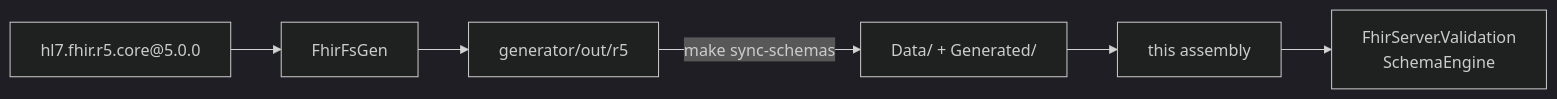
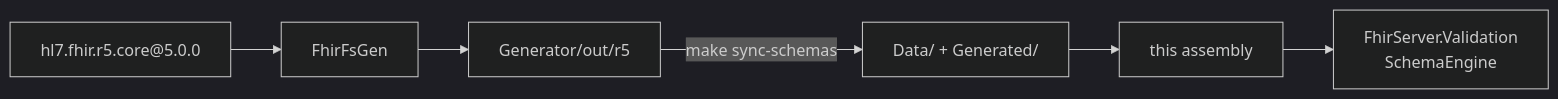
One commit to jaumeCloquellCapo/fhir changed the diagram in Packages/FhirServer.Schemas/README.md. Above: the diagram before and after it, drawn with Mermaid (dark theme). The commit also changed other lines of this file and 12 other files, not shown here.

````diff
--- a/Packages/FhirServer.Schemas/README.md
+++ b/Packages/FhirServer.Schemas/README.md
@@ -22,8 +22,8 @@
 ```mermaid
 flowchart LR
   PKG["hl7.fhir.r5.core@5.0.0"] --> GEN["FhirFsGen"]
-  GEN --> OUT["generator/out/r5"]
+  GEN --> OUT["Generator/out/r5"]
   OUT -->|"make sync-schemas"| DATA["Data/ + Generated/"]
   DATA --> ASM["this assembly"]
   ASM --> VAL["FhirServer.Validation<br/>SchemaEngine"]
 ```
````
